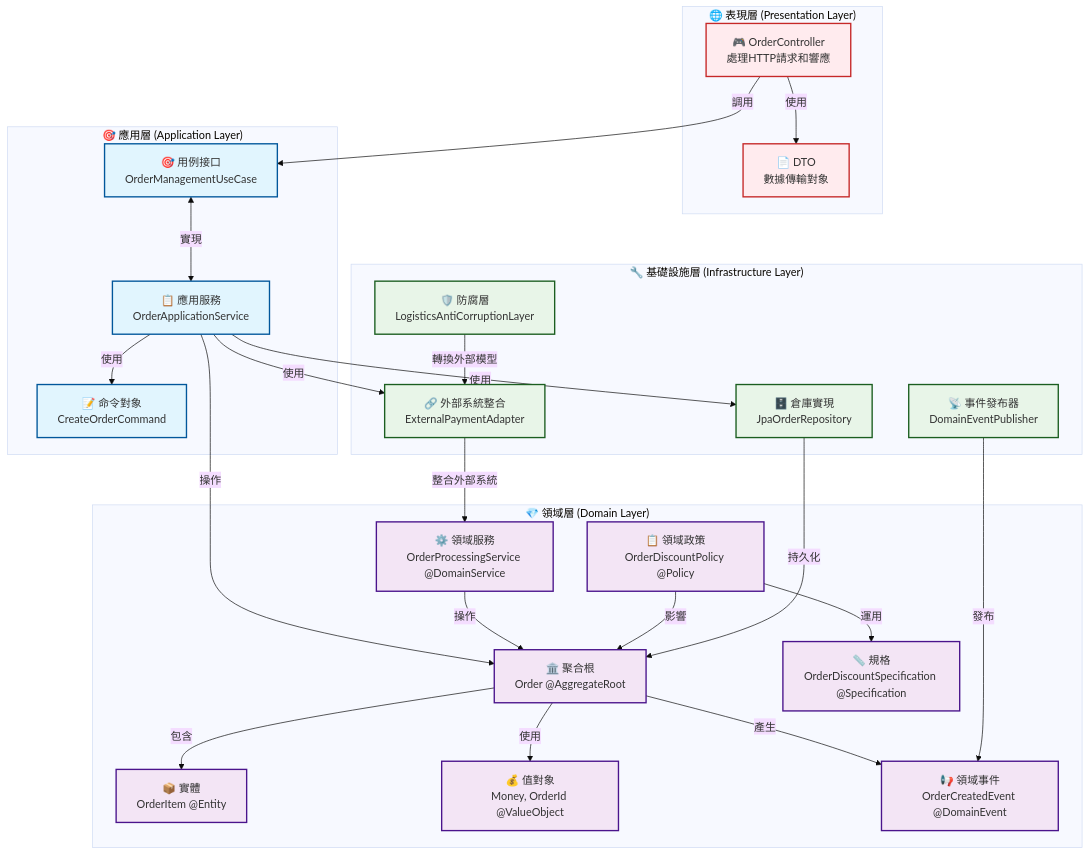
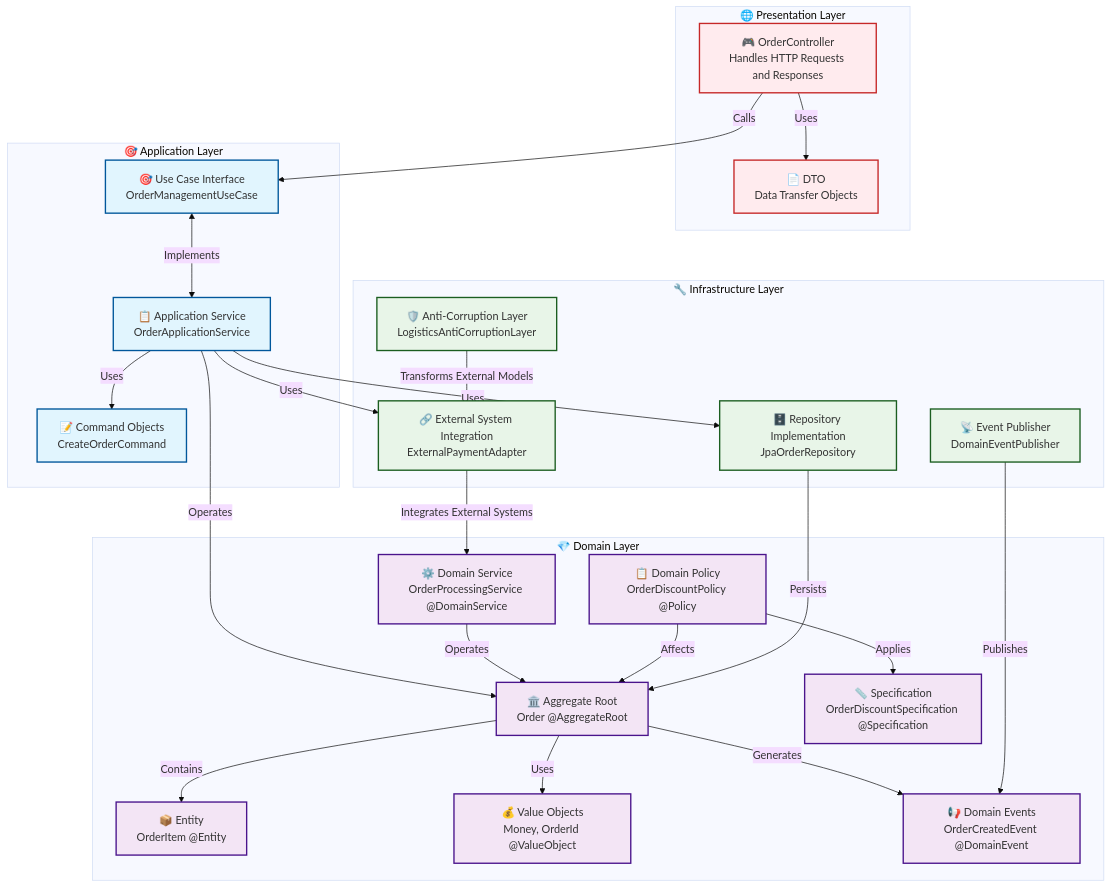
The second of 5 diagrams in docs/architecture/overview.md (humank/genai-demo), drawn with Mermaid (base theme) before and after one commit. The commit also changed other lines of this file and 453 other files, not shown here.

First line of the commit message:
feat: Complete translation of key architecture and API documentation

````diff
--- a/docs/architecture/overview.md
+++ b/docs/architecture/overview.md
@@ -88,58 +88,58 @@
 ```mermaid
 graph TB
-    subgraph 表現層 ["🌐 表現層 (Presentation Layer)"]
-        CTRL[🎮 OrderController<br/>處理HTTP請求和響應]
-        DTO[📄 DTO<br/>數據傳輸對象]
+    subgraph 表現層 ["🌐 Presentation Layer"]
+        CTRL[🎮 OrderController<br/>Handles HTTP Requests and Responses]
+        DTO[📄 DTO<br/>Data Transfer Objects]
     end
     
-    subgraph 應用層 ["🎯 應用層 (Application Layer)"]
-        APP_SVC[📋 應用服務<br/>OrderApplicationService]
-        USE_CASE[🎯 用例接口<br/>OrderManagementUseCase]
-        CMD[📝 命令對象<br/>CreateOrderCommand]
+    subgraph 應用層 ["🎯 Application Layer"]
+        APP_SVC[📋 Application Service<br/>OrderApplicationService]
+        USE_CASE[🎯 Use Case Interface<br/>OrderManagementUseCase]
+        CMD[📝 Command Objects<br/>CreateOrderCommand]
     end
     
-    subgraph 領域層 ["💎 領域層 (Domain Layer)"]
-        AGG_ROOT[🏛️ 聚合根<br/>Order @AggregateRoot]
-        ENTITY[📦 實體<br/>OrderItem @Entity]
-        VAL_OBJ[💰 值對象<br/>Money, OrderId @ValueObject]
-        DOMAIN_EVT[📢 領域事件<br/>OrderCreatedEvent @DomainEvent]
-        DOMAIN_SVC[⚙️ 領域服務<br/>OrderProcessingService @DomainService]
-        POLICY[📋 領域政策<br/>OrderDiscountPolicy @Policy]
-        SPEC[📏 規格<br/>OrderDiscountSpecification @Specification]
+    subgraph 領域層 ["💎 Domain Layer"]
+        AGG_ROOT[🏛️ Aggregate Root<br/>Order @AggregateRoot]
+        ENTITY[📦 Entity<br/>OrderItem @Entity]
+        VAL_OBJ[💰 Value Objects<br/>Money, OrderId @ValueObject]
+        DOMAIN_EVT[📢 Domain Events<br/>OrderCreatedEvent @DomainEvent]
+        DOMAIN_SVC[⚙️ Domain Service<br/>OrderProcessingService @DomainService]
+        POLICY[📋 Domain Policy<br/>OrderDiscountPolicy @Policy]
+        SPEC[📏 Specification<br/>OrderDiscountSpecification @Specification]
     end
     
-    subgraph 基礎設施層 ["🔧 基礎設施層 (Infrastructure Layer)"]
-        REPO_IMPL[🗄️ 倉庫實現<br/>JpaOrderRepository]
-        EXT_ITGR[🔗 外部系統整合<br/>ExternalPaymentAdapter]
-        ACL[🛡️ 防腐層<br/>LogisticsAntiCorruptionLayer]
-        EVENT_PUB[📡 事件發布器<br/>DomainEventPublisher]
+    subgraph 基礎設施層 ["🔧 Infrastructure Layer"]
+        REPO_IMPL[🗄️ Repository Implementation<br/>JpaOrderRepository]
+        EXT_ITGR[🔗 External System Integration<br/>ExternalPaymentAdapter]
+        ACL[🛡️ Anti-Corruption Layer<br/>LogisticsAntiCorruptionLayer]
+        EVENT_PUB[📡 Event Publisher<br/>DomainEventPublisher]
     end
     
-    CTRL -->|使用| DTO
-    CTRL -->|調用| USE_CASE
-    USE_CASE <-->|實現| APP_SVC
-    APP_SVC -->|使用| CMD
-    APP_SVC -->|操作| AGG_ROOT
-    APP_SVC -->|使用| REPO_IMPL
-    APP_SVC -->|使用| EXT_ITGR
-    AGG_ROOT -->|包含| ENTITY
-    AGG_ROOT -->|使用| VAL_OBJ
-    AGG_ROOT -->|產生| DOMAIN_EVT
-    DOMAIN_SVC -->|操作| AGG_ROOT
-    POLICY -->|運用| SPEC
-    POLICY -->|影響| AGG_ROOT
-    REPO_IMPL -->|持久化| AGG_ROOT
-    EXT_ITGR -->|整合外部系統| DOMAIN_SVC
-    ACL -->|轉換外部模型| EXT_ITGR
-    EVENT_PUB -->|發布| DOMAIN_EVT
+    CTRL -->|Uses| DTO
+    CTRL -->|Calls| USE_CASE
+    USE_CASE <-->|Implements| APP_SVC
+    APP_SVC -->|Uses| CMD
+    APP_SVC -->|Operates| AGG_ROOT
+    APP_SVC -->|Uses| REPO_IMPL
+    APP_SVC -->|Uses| EXT_ITGR
+    AGG_ROOT -->|Contains| ENTITY
+    AGG_ROOT -->|Uses| VAL_OBJ
+    AGG_ROOT -->|Generates| DOMAIN_EVT
+    DOMAIN_SVC -->|Operates| AGG_ROOT
+    POLICY -->|Applies| SPEC
+    POLICY -->|Affects| AGG_ROOT
+    REPO_IMPL -->|Persists| AGG_ROOT
+    EXT_ITGR -->|Integrates External Systems| DOMAIN_SVC
+    ACL -->|Transforms External Models| EXT_ITGR
+    EVENT_PUB -->|Publishes| DOMAIN_EVT
     
     classDef presentation fill:#ffebee,stroke:#c62828,stroke-width:2px
     classDef application fill:#e1f5fe,stroke:#01579b,stroke-width:2px
     classDef domain fill:#f3e5f5,stroke:#4a148c,stroke-width:2px
     classDef infrastructure fill:#e8f5e8,stroke:#1b5e20,stroke-width:2px
     
     class CTRL,DTO presentation
     class APP_SVC,USE_CASE,CMD application
     class AGG_ROOT,ENTITY,VAL_OBJ,DOMAIN_EVT,DOMAIN_SVC,POLICY,SPEC domain
     class REPO_IMPL,EXT_ITGR,ACL,EVENT_PUB infrastructure
 ```
````
